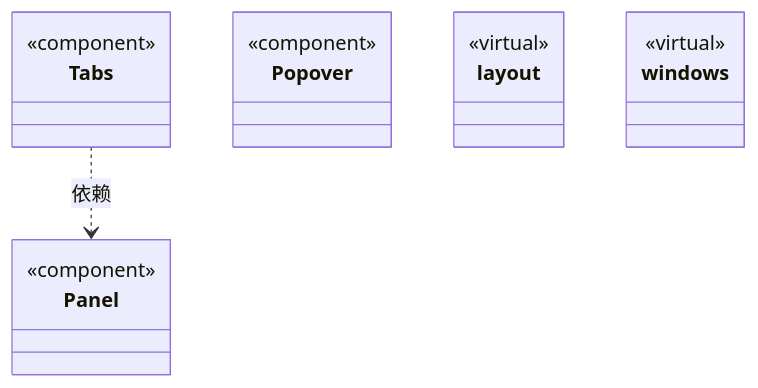
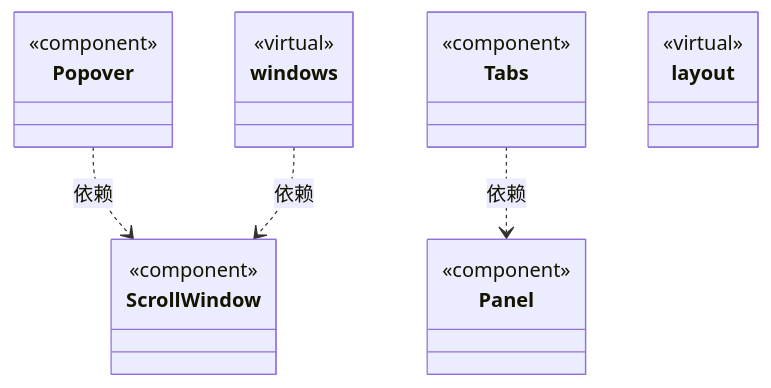
One commit to nan023062/cbim changed the diagram in src/framework-ui/containers/ARCHITECTURE.md. Above: the diagram before and after it, drawn with Mermaid. The commit also changed other lines of this file and 102 other files, not shown here.

````diff
--- a/src/framework-ui/containers/ARCHITECTURE.md
+++ b/src/framework-ui/containers/ARCHITECTURE.md
@@ -23,24 +24,30 @@
 ```mermaid
 classDiagram
+class N_a3efca239e0e["ScrollWindow"] {
+  <<component>>
+}
+click N_a3efca239e0e href "ScrollWindow.tsx"
+class N_f4632fc9d2a6["Popover"] {
+  <<component>>
+}
+click N_f4632fc9d2a6 href "Popover.tsx"
+class N_f17bf08739ff["windows"] {
+  <<virtual>>
+}
+click N_f17bf08739ff href "windows/ARCHITECTURE.md"
 class N_43f602610b5b["Panel"] {
   <<component>>
 }
 click N_43f602610b5b href "Panel.tsx"
 class N_f9f8a923a41f["Tabs"] {
   <<component>>
 }
 click N_f9f8a923a41f href "Tabs.tsx"
-class N_f4632fc9d2a6["Popover"] {
-  <<component>>
-}
-click N_f4632fc9d2a6 href "Popover.tsx"
 class N_56bfbeebf250["layout"] {
   <<virtual>>
 }
 click N_56bfbeebf250 href "layout/ARCHITECTURE.md"
-class N_f17bf08739ff["windows"] {
-  <<virtual>>
-}
-click N_f17bf08739ff href "windows/ARCHITECTURE.md"
 N_f9f8a923a41f ..> N_43f602610b5b : 依赖
+N_f4632fc9d2a6 ..> N_a3efca239e0e : 依赖
+N_f17bf08739ff ..> N_a3efca239e0e : 依赖
 ```
````
